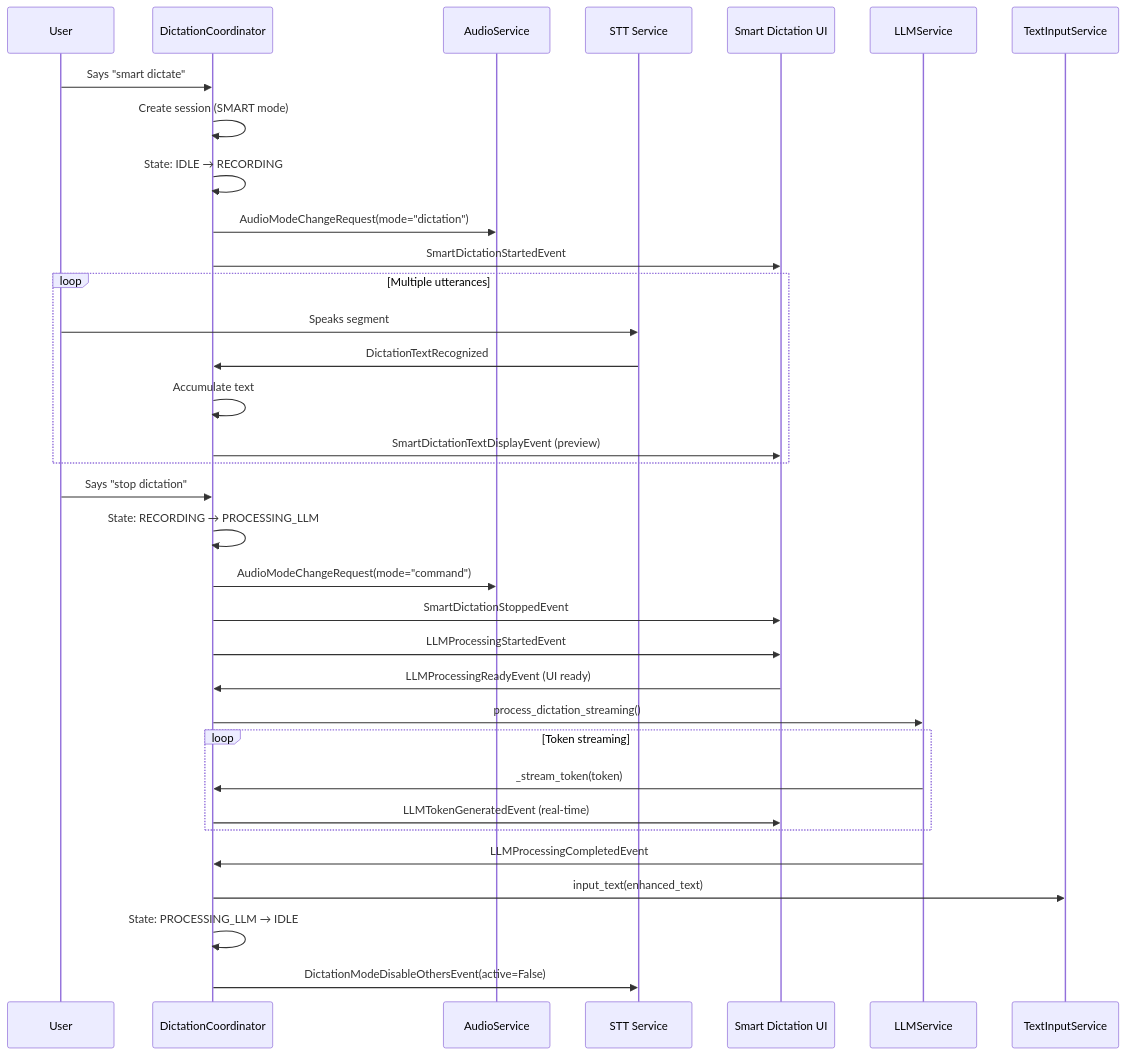
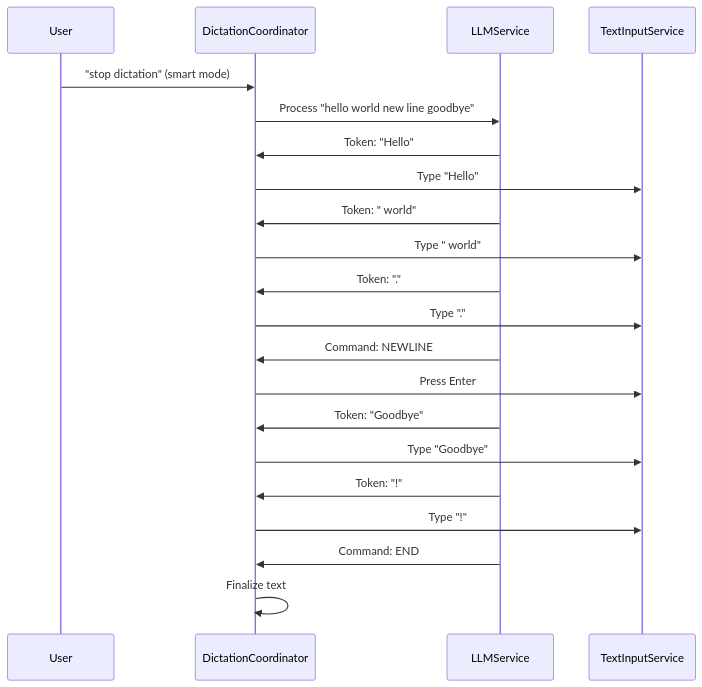
Before and after one commit to rick12000/vocalance: the sixth of 7 diagrams in docs/developer/dictation_system.rst, drawn with Mermaid. The commit also changed other lines of this file and 12 other files, not shown here.

```diff
--- a/docs/developer/dictation_system.rst
+++ b/docs/developer/dictation_system.rst
@@ -139,42 +458,31 @@
 .. mermaid::
 
    sequenceDiagram
-       participant User
-       participant Coord as DictationCoordinator
-       participant Audio as AudioService
-       participant STT as STT Service
-       participant UI as Smart Dictation UI
+       participant U as User
+       participant C as DictationCoordinator
        participant LLM as LLMService
-       participant TextInput as TextInputService
+       participant Input as TextInputService
 
-       User->>Coord: Says "smart dictate"
-       Coord->>Coord: Create session (SMART mode)
-       Coord->>Coord: State: IDLE → RECORDING
-       Coord->>Audio: AudioModeChangeRequest(mode="dictation")
-       Coord->>UI: SmartDictationStartedEvent
+       U->>C: "stop dictation" (smart mode)
+       C->>LLM: Process "hello world new line goodbye"
 
-       loop Multiple utterances
-           User->>STT: Speaks segment
-           STT->>Coord: DictationTextRecognized
-           Coord->>Coord: Accumulate text
-           Coord->>UI: SmartDictationTextDisplayEvent (preview)
-       end
+       LLM->>C: Token: "Hello"
+       C->>Input: Type "Hello"
 
-       User->>Coord: Says "stop dictation"
-       Coord->>Coord: State: RECORDING → PROCESSING_LLM
-       Coord->>Audio: AudioModeChangeRequest(mode="command")
-       Coord->>UI: SmartDictationStoppedEvent
-       Coord->>UI: LLMProcessingStartedEvent
+       LLM->>C: Token: " world"
+       C->>Input: Type " world"
 
-       UI->>Coord: LLMProcessingReadyEvent (UI ready)
-       Coord->>LLM: process_dictation_streaming()
+       LLM->>C: Token: "."
+       C->>Input: Type "."
 
-       loop Token streaming
-           LLM->>Coord: _stream_token(token)
-           Coord->>UI: LLMTokenGeneratedEvent (real-time)
-       end
+       LLM->>C: Command: NEWLINE
+       C->>Input: Press Enter
 
-       LLM->>Coord: LLMProcessingCompletedEvent
-       Coord->>TextInput: input_text(enhanced_text)
-       Coord->>Coord: State: PROCESSING_LLM → IDLE
-       Coord->>STT: DictationModeDisableOthersEvent(active=False)
+       LLM->>C: Token: "Goodbye"
+       C->>Input: Type "Goodbye"
+
+       LLM->>C: Token: "!"
+       C->>Input: Type "!"
+
+       LLM->>C: Command: END
+       C->>C: Finalize text
```
